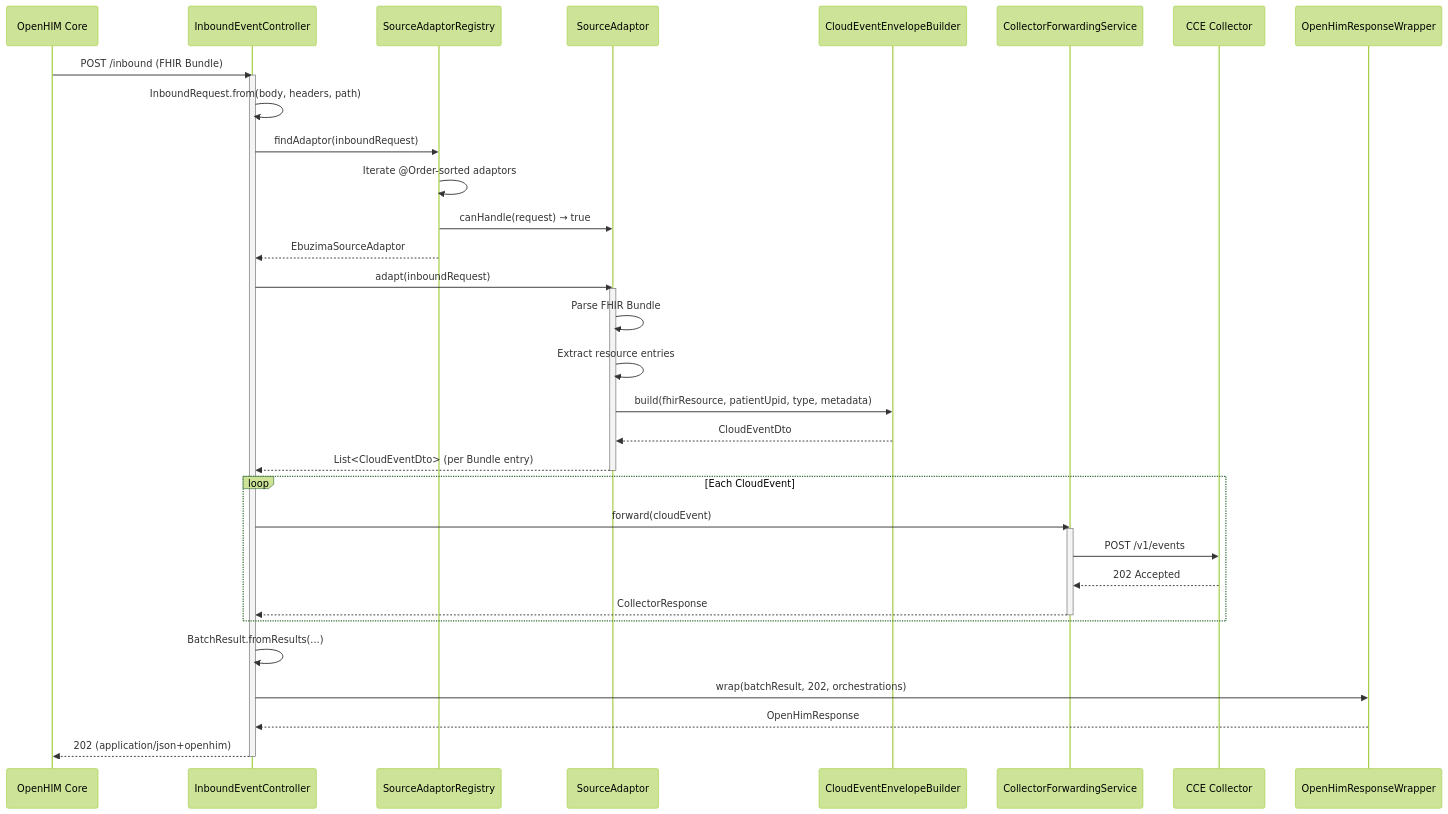
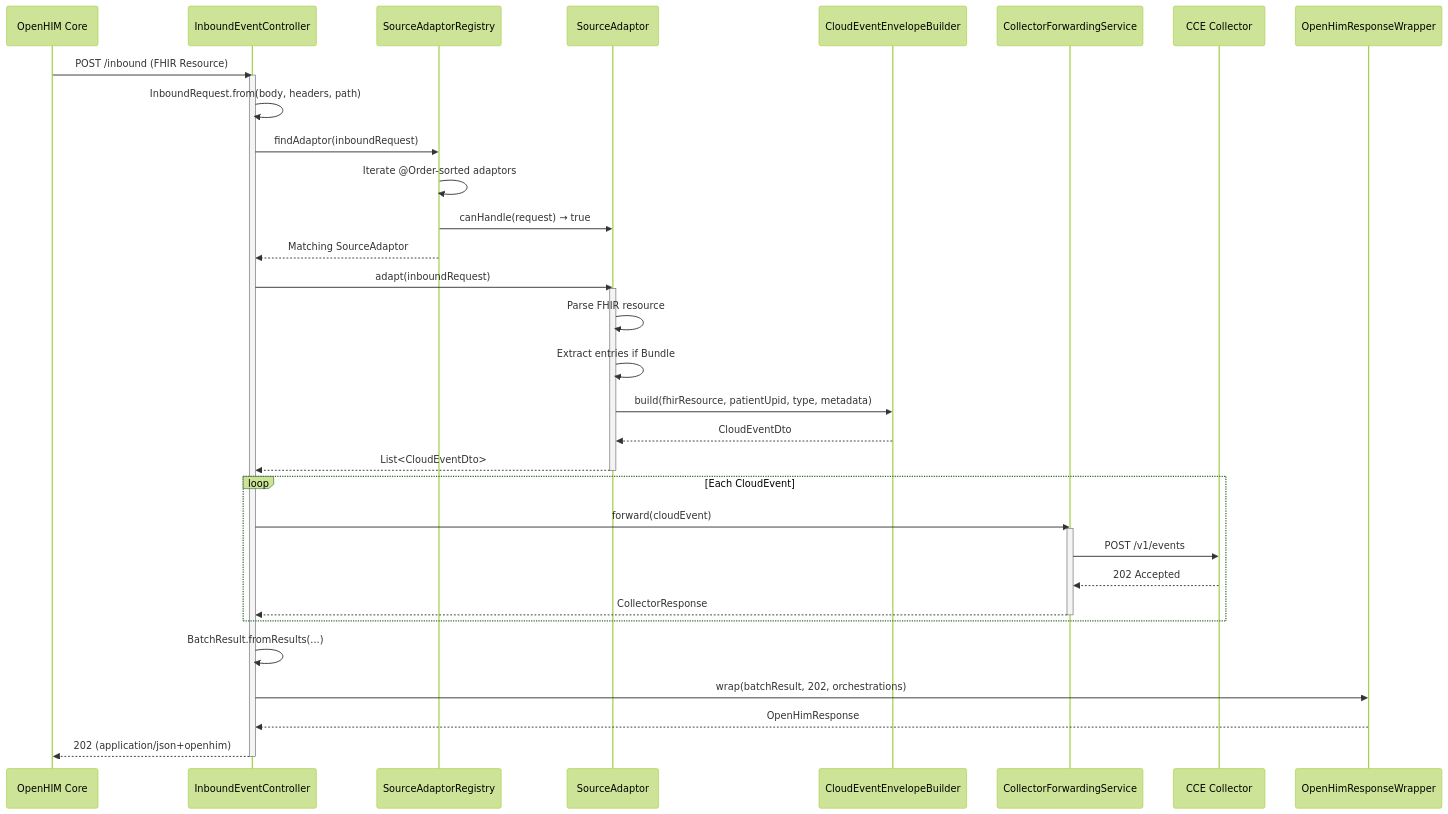
The second of 8 diagrams in docs/flow-diagrams.md (Jayaprakash8887/openhim-cce-emitter-adaptor), drawn with Mermaid (forest theme) before and after one commit. The commit also changed other lines of this file and 4 other files, not shown here.

````diff
--- a/docs/flow-diagrams.md
+++ b/docs/flow-diagrams.md
@@ -47,46 +47,46 @@
 ```mermaid
 sequenceDiagram
     participant OHC as OpenHIM Core
     participant Ctrl as InboundEventController
     participant Reg as SourceAdaptorRegistry
     participant SA as SourceAdaptor
     participant CE as CloudEventEnvelopeBuilder
     participant Fwd as CollectorForwardingService
     participant Col as CCE Collector
     participant Wrap as OpenHimResponseWrapper
 
-    OHC->>Ctrl: POST /inbound (FHIR Bundle)
+    OHC->>Ctrl: POST /inbound (FHIR Resource)
     activate Ctrl
 
     Ctrl->>Ctrl: InboundRequest.from(body, headers, path)
 
     Ctrl->>Reg: findAdaptor(inboundRequest)
     Reg->>Reg: Iterate @Order-sorted adaptors
     Reg->>SA: canHandle(request) → true
-    Reg-->>Ctrl: EbuzimaSourceAdaptor
+    Reg-->>Ctrl: Matching SourceAdaptor
 
     Ctrl->>SA: adapt(inboundRequest)
     activate SA
-    SA->>SA: Parse FHIR Bundle
-    SA->>SA: Extract resource entries
+    SA->>SA: Parse FHIR resource
+    SA->>SA: Extract entries if Bundle
     SA->>CE: build(fhirResource, patientUpid, type, metadata)
     CE-->>SA: CloudEventDto
-    SA-->>Ctrl: List<CloudEventDto> (per Bundle entry)
+    SA-->>Ctrl: List<CloudEventDto>
     deactivate SA
 
     loop Each CloudEvent
         Ctrl->>Fwd: forward(cloudEvent)
         activate Fwd
         Fwd->>Col: POST /v1/events
         Col-->>Fwd: 202 Accepted
         Fwd-->>Ctrl: CollectorResponse
         deactivate Fwd
     end
 
     Ctrl->>Ctrl: BatchResult.fromResults(...)
     Ctrl->>Wrap: wrap(batchResult, 202, orchestrations)
     Wrap-->>Ctrl: OpenHimResponse
 
     Ctrl-->>OHC: 202 (application/json+openhim)
     deactivate Ctrl
 ```
````
